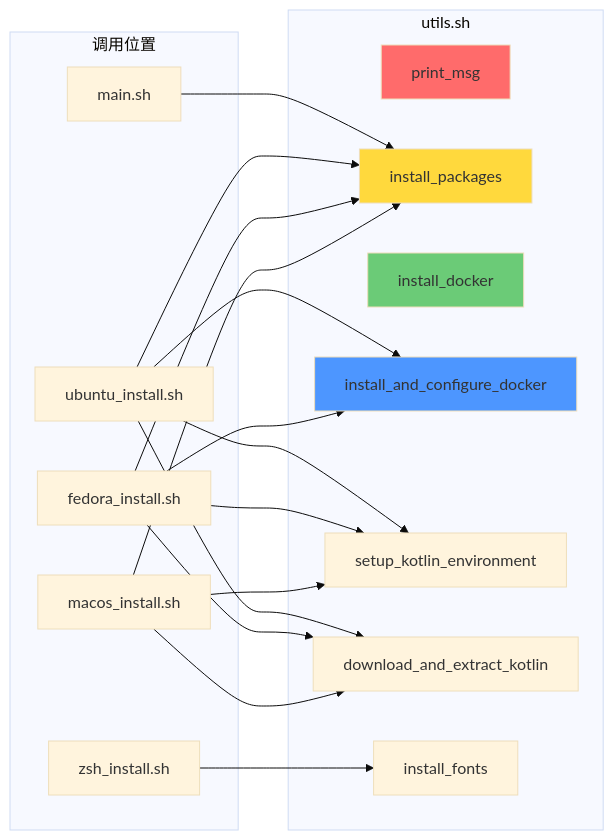
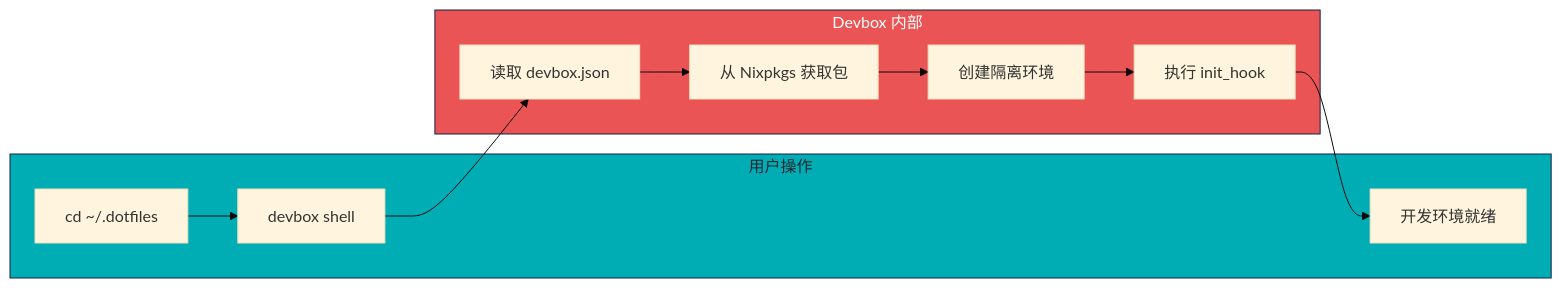
The fifth of 5 diagrams in docs/flowchart.md (Learner-Geek-Perfectionist/Dotfiles), drawn with Mermaid (base theme) before and after one commit. The commit also changed other lines of this file and 25 other files, not shown here.

````diff
--- a/docs/flowchart.md
+++ b/docs/flowchart.md
@@ -158,25 +179,25 @@
 ```mermaid
 flowchart LR
-    subgraph utils.sh
-        U1[print_msg]
-        U2[install_packages]
-        U3[install_docker]
-        U4[install_and_configure_docker]
-        U5[setup_kotlin_environment]
-        U6[download_and_extract_kotlin]
-        U7[install_fonts]
+    subgraph User["用户操作"]
+        A[cd ~/.dotfiles]
+        B[devbox shell]
+        C[开发环境就绪]
     end
 
-    subgraph 调用位置
-        M1[main.sh] --> U2
-        M2[ubuntu_install.sh] --> U2 & U4 & U5 & U6
-        M3[fedora_install.sh] --> U2 & U4 & U5 & U6
-        M4[macos_install.sh] --> U2 & U5 & U6
-        M5[zsh_install.sh] --> U7
+    subgraph Devbox["Devbox 内部"]
+        D[读取 devbox.json]
+        E[从 Nixpkgs 获取包]
+        F[创建隔离环境]
+        G[执行 init_hook]
     end
 
-    style U1 fill:#ff6b6b
-    style U2 fill:#ffd93d
-    style U3 fill:#6bcb77
-    style U4 fill:#4d96ff
+    A --> B
+    B --> D
+    D --> E
+    E --> F
+    F --> G
+    G --> C
+
+    style User fill:#00adb5,stroke:#16213e,color:#222831
+    style Devbox fill:#ea5455,stroke:#16213e,color:#fff
 ```
````
